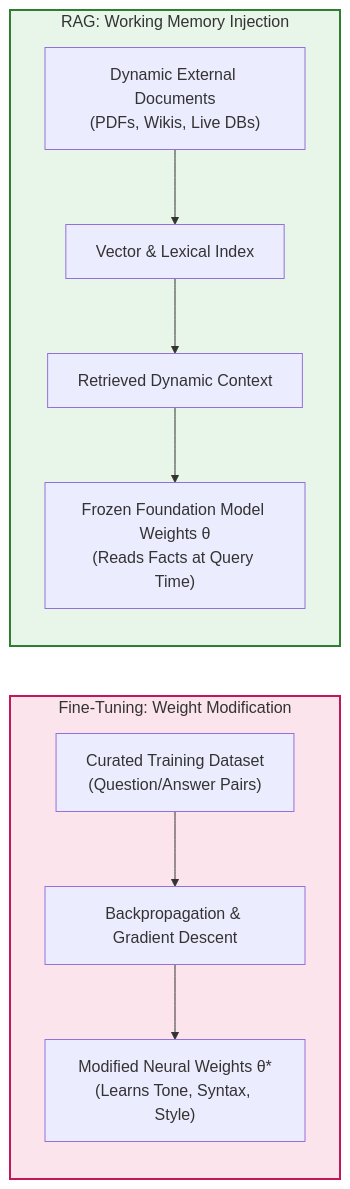
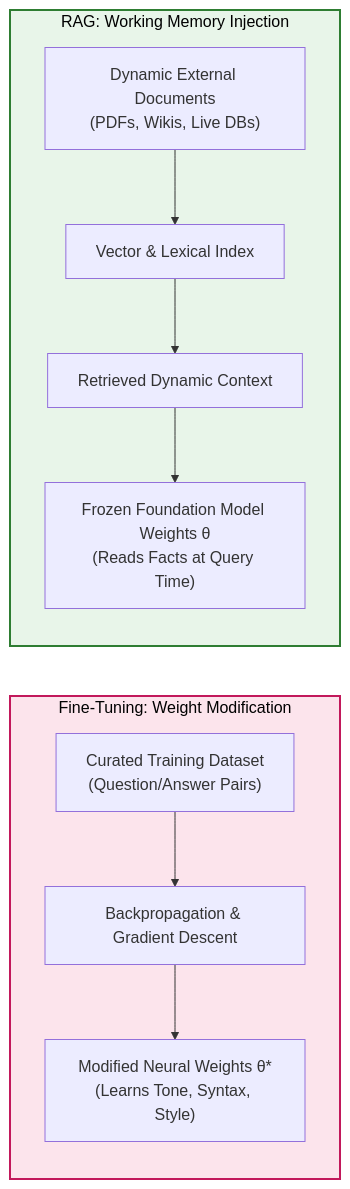
Before and after one commit to swapnil3104/RAG-Engineering: the first of 5 diagrams in 00-Introduction-to-RAG/RAG-vs-Fine-Tuning.md, drawn with Mermaid. The commit also changed other lines of this file and 108 other files, not shown here.

Commit message:
fix: make chart text visible across all Mermaid diagrams and resolve markdown table formatting issues

````diff
--- a/00-Introduction-to-RAG/RAG-vs-Fine-Tuning.md
+++ b/00-Introduction-to-RAG/RAG-vs-Fine-Tuning.md
@@ -28,16 +28,16 @@
 ```mermaid
 flowchart LR
     subgraph SFT [Fine-Tuning: Weight Modification]
         Data1["Curated Training Dataset<br/>(Question/Answer Pairs)"] --> Backprop["Backpropagation & Gradient Descent"]
         Backprop --> Weights["Modified Neural Weights θ*<br/>(Learns Tone, Syntax, Style)"]
     end
 
     subgraph RAG [RAG: Working Memory Injection]
         Data2["Dynamic External Documents<br/>(PDFs, Wikis, Live DBs)"] --> Index["Vector & Lexical Index"]
         Index --> Context["Retrieved Dynamic Context"]
         Context --> FrozenLLM["Frozen Foundation Model Weights θ<br/>(Reads Facts at Query Time)"]
     end
 
-    style SFT fill:#fce4ec,stroke:#c2185b,stroke-width:2px
-    style RAG fill:#e8f5e9,stroke:#2e7d32,stroke-width:2px
+    style SFT fill:#fce4ec,stroke:#c2185b,stroke-width:2px,color:#000000
+    style RAG fill:#e8f5e9,stroke:#2e7d32,stroke-width:2px,color:#000000
 ```
````
